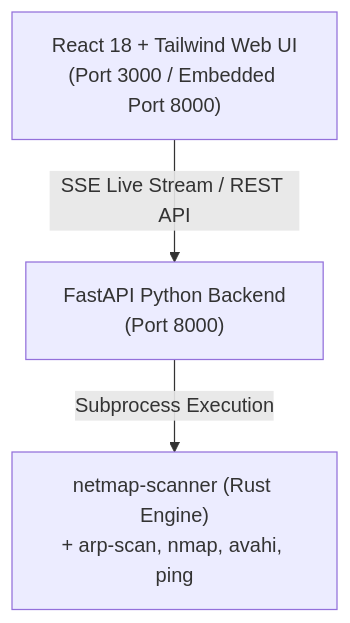
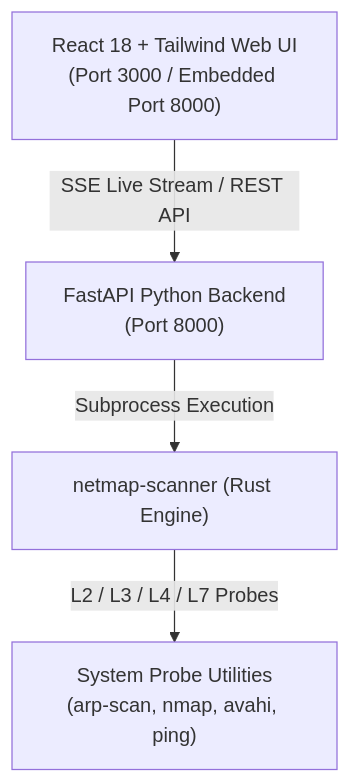
Before and after one commit to captrit/netmap: the first of 3 diagrams in README.md, drawn with Mermaid. The commit also changed other lines of this file, not shown here.

Commit message:
docs: modernize README with high-clarity Mermaid diagrams, clean typography, and zero em-dashes/emojis

````diff
--- a/README.md
+++ b/README.md
@@ -24,9 +25,11 @@
 ```mermaid
 graph TD
     UI["React 18 + Tailwind Web UI<br/>(Port 3000 / Embedded Port 8000)"]
     API["FastAPI Python Backend<br/>(Port 8000)"]
-    ENGINE["netmap-scanner (Rust Engine)<br/>+ arp-scan, nmap, avahi, ping"]
+    ENGINE["netmap-scanner (Rust Engine)"]
+    SYSTEM["System Probe Utilities<br/>(arp-scan, nmap, avahi, ping)"]
 
     UI -->|SSE Live Stream / REST API| API
     API -->|Subprocess Execution| ENGINE
+    ENGINE -->|L2 / L3 / L4 / L7 Probes| SYSTEM
 ```
````
